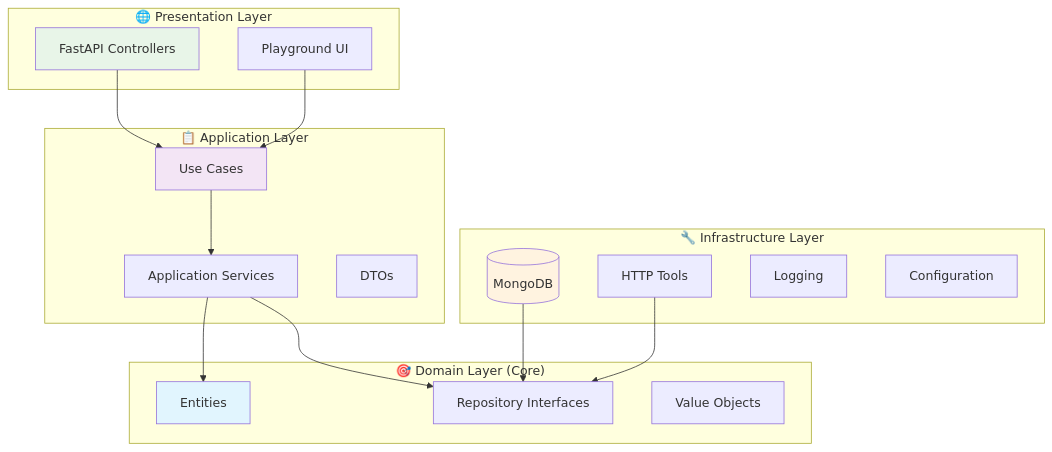
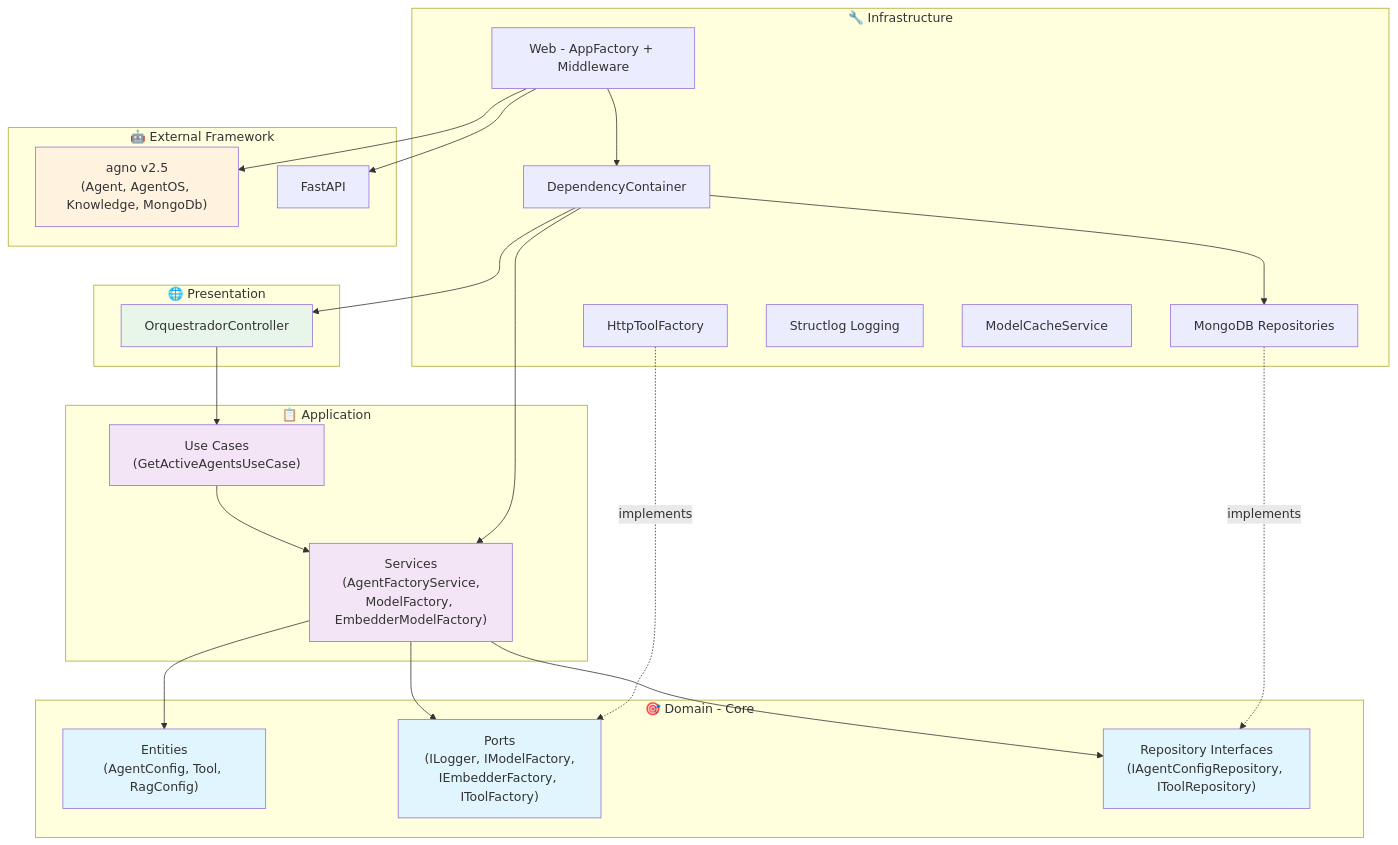
Before and after one commit to Mosfet04/orquestradorIAPythonArgo: the first of 3 diagrams in README.en.md, drawn with Mermaid. The commit also changed other lines of this file and 62 other files, not shown here.

````diff
--- a/README.en.md
+++ b/README.en.md
@@ -50,39 +116,53 @@
 ```mermaid
 graph TB
-    subgraph "🎯 Domain Layer (Core)"
-        E[Entities]
-        R[Repository Interfaces]
-        V[Value Objects]
+    subgraph "🎯 Domain - Core"
+        E["Entities<br/>(AgentConfig, Tool, RagConfig)"]
+        RP["Ports<br/>(ILogger, IModelFactory,<br/>IEmbedderFactory, IToolFactory)"]
+        RI["Repository Interfaces<br/>(IAgentConfigRepository, IToolRepository)"]
     end
-    
-    subgraph "📋 Application Layer"
-        UC[Use Cases]
-        AS[Application Services]
-        D[DTOs]
+
+    subgraph "📋 Application"
+        UC["Use Cases<br/>(GetActiveAgentsUseCase)"]
+        AS["Services<br/>(AgentFactoryService,<br/>ModelFactory, EmbedderModelFactory)"]
     end
-    
-    subgraph "🔧 Infrastructure Layer"
-        DB[(MongoDB)]
-        HTTP[HTTP Tools]
-        LOG[Logging]
-        CONFIG[Configuration]
+
+    subgraph "🔧 Infrastructure"
+        DB["MongoDB Repositories"]
+        WEB["Web - AppFactory + Middleware"]
+        HTTP["HttpToolFactory"]
+        LOG["Structlog Logging"]
+        CACHE["ModelCacheService"]
+        DI["DependencyContainer"]
     end
-    
-    subgraph "🌐 Presentation Layer"
-        API[FastAPI Controllers]
-        PG[Playground UI]
+
+    subgraph "🌐 Presentation"
+        CTRL["OrquestradorController"]
     end
-    
-    API --> UC
-    PG --> UC
+
+    subgraph "🤖 External Framework"
+        AGNO["agno v2.5<br/>(Agent, AgentOS, Knowledge, MongoDb)"]
+        FAST["FastAPI"]
+    end
+
+    CTRL --> UC
     UC --> AS
     AS --> E
-    AS --> R
-    DB --> R
-    HTTP --> R
-    
+    AS --> RI
+    AS --> RP
+    DB -.->|implements| RI
+    HTTP -.->|implements| RP
+    DI --> CTRL
+    DI --> AS
+    DI --> DB
+    WEB --> DI
+    WEB --> FAST
+    WEB --> AGNO
+
     style E fill:#e1f5fe
+    style RP fill:#e1f5fe
+    style RI fill:#e1f5fe
     style UC fill:#f3e5f5
-    style API fill:#e8f5e8
-    style DB fill:#fff3e0
+    style AS fill:#f3e5f5
+    style CTRL fill:#e8f5e9
+    style AGNO fill:#fff3e0
 ```
````
